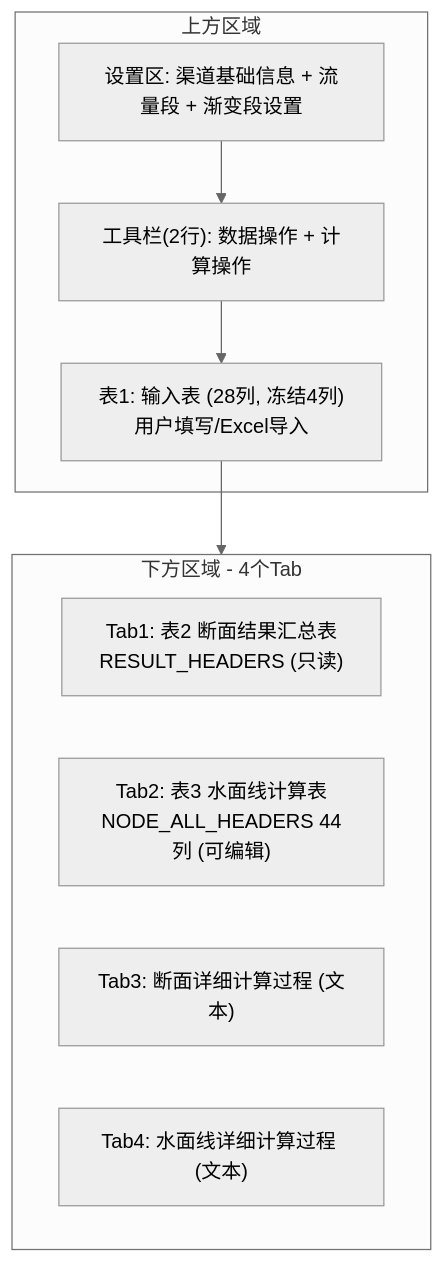
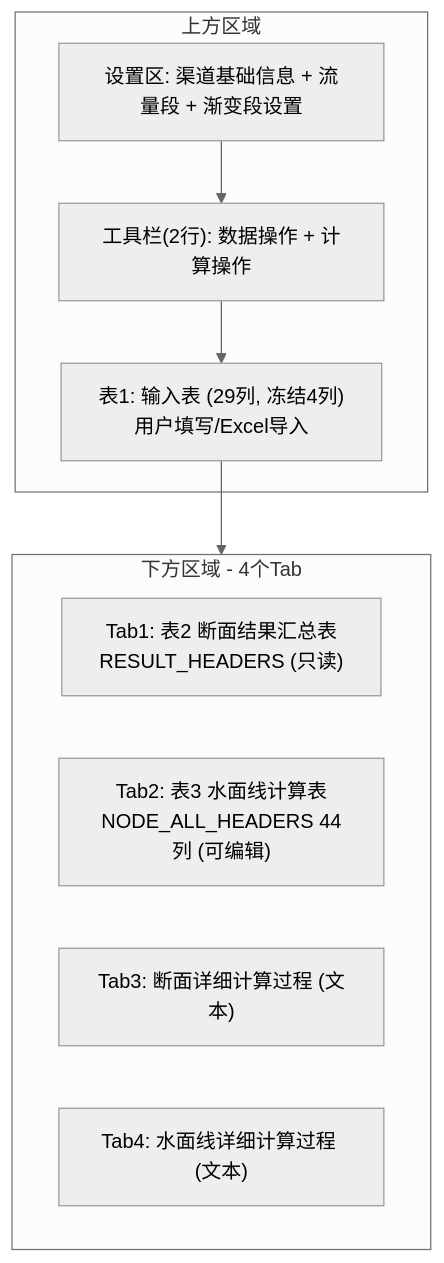
The first of 3 diagrams in docs/PRD_合并批量计算与水面线面板.md (lsj19940827-eng/V1.0), drawn with Mermaid (neutral theme) before and after one commit. The commit also changed other lines of this file and 41 other files, not shown here.

````diff
--- a/docs/PRD_合并批量计算与水面线面板.md
+++ b/docs/PRD_合并批量计算与水面线面板.md
@@ -20,15 +20,15 @@
 ```mermaid
 flowchart TB
     subgraph topArea [上方区域]
         settings["设置区: 渠道基础信息 + 流量段 + 渐变段设置"]
         toolbar["工具栏(2行): 数据操作 + 计算操作"]
-        T1["表1: 输入表 (28列, 冻结4列)\n用户填写/Excel导入"]
+        T1["表1: 输入表 (29列, 冻结4列)\n用户填写/Excel导入"]
     end
     subgraph bottomArea [下方区域 - 4个Tab]
         Tab1["Tab1: 表2 断面结果汇总表\nRESULT_HEADERS (只读)"]
         Tab2["Tab2: 表3 水面线计算表\nNODE_ALL_HEADERS 44列 (可编辑)"]
         Tab3["Tab3: 断面详细计算过程 (文本)"]
         Tab4["Tab4: 水面线详细计算过程 (文本)"]
     end
     settings --> toolbar --> T1 --> bottomArea
 ```
````
